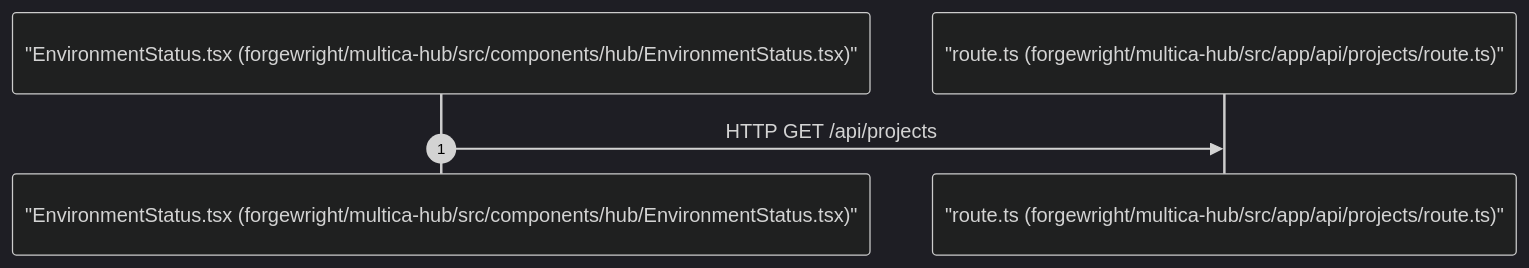
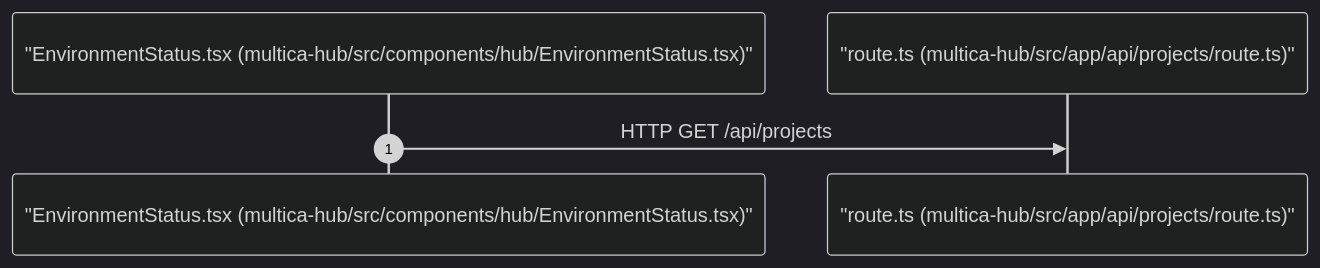
One commit to buiphucminhtam/forgewright changed the diagram in docs/architecture/flows/GET-_api_projects.md. Above: the diagram before and after it, drawn with Mermaid (dark theme). The commit also changed other lines of this file and 2 other files, not shown here.

Commit message:
fix(mcp): handle unresolved IDE template variables in workspace detection
Antigravity and other non-Cursor IDEs pass literal ${workspaceFolder}
without resolving it, causing ENOENT crash on process.chdir().

Added _isResolvedPath() guard that detects unresolved ${...} template
variables via regex. When detected, the server logs a warning and falls
back to cwd-based detection instead of crashing.

Fixes: ENOENT: no such file or directory, chdir '.../'

````diff
--- a/docs/architecture/flows/GET-_api_projects.md
+++ b/docs/architecture/flows/GET-_api_projects.md
@@ -6,8 +6,8 @@
 ```mermaid
 sequenceDiagram
     autonumber
-    participant forgewright_multica_hub_src_components_hub_EnvironmentStatus_tsx as "EnvironmentStatus.tsx (forgewright/multica-hub/src/components/hub/EnvironmentStatus.tsx)"
-    participant forgewright_multica_hub_src_app_api_projects_route_ts as "route.ts (forgewright/multica-hub/src/app/api/projects/route.ts)"
+    participant multica_hub_src_components_hub_EnvironmentStatus_tsx as "EnvironmentStatus.tsx (multica-hub/src/components/hub/EnvironmentStatus.tsx)"
+    participant multica_hub_src_app_api_projects_route_ts as "route.ts (multica-hub/src/app/api/projects/route.ts)"
 
-    forgewright_multica_hub_src_components_hub_EnvironmentStatus_tsx->>forgewright_multica_hub_src_app_api_projects_route_ts: HTTP GET /api/projects
+    multica_hub_src_components_hub_EnvironmentStatus_tsx->>multica_hub_src_app_api_projects_route_ts: HTTP GET /api/projects
 ```
````
